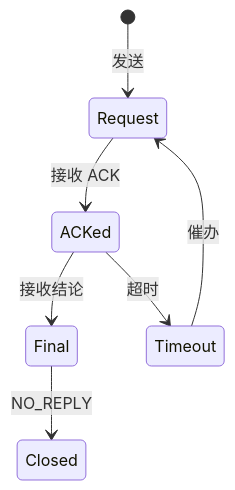
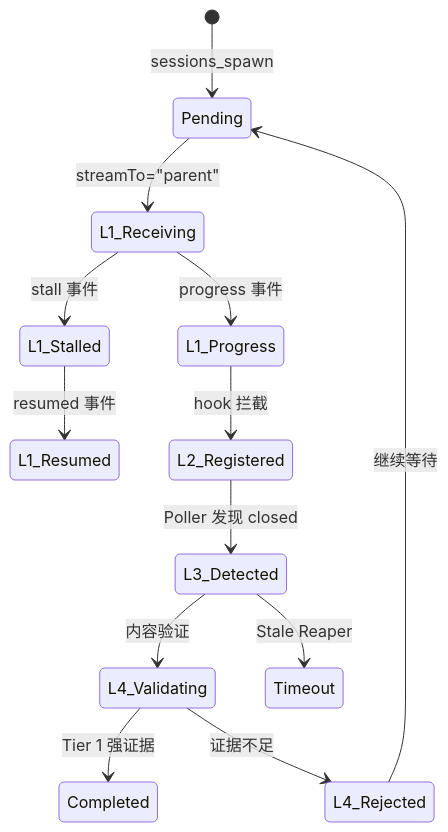
The fifth of 5 diagrams in ARCHITECTURE.md (lanyasheng/openclaw-multiagent-framework), drawn with Mermaid before and after one commit. The commit also changed other lines of this file and 7 other files, not shown here.

````diff
--- a/ARCHITECTURE.md
+++ b/ARCHITECTURE.md
@@ -246,9 +381,15 @@
 ```mermaid
 stateDiagram-v2
-    [*] --> Request: 发送
-    Request --> ACKed: 接收 ACK
-    ACKed --> Final: 接收结论
-    Final --> Closed: NO_REPLY
-    ACKed --> Timeout: 超时
-    Timeout --> Request: 催办
+    [*] --> Pending: sessions_spawn
+    Pending --> L1_Receiving: streamTo="parent"
+    L1_Receiving --> L1_Progress: progress 事件
+    L1_Receiving --> L1_Stalled: stall 事件
+    L1_Stalled --> L1_Resumed: resumed 事件
+    L1_Progress --> L2_Registered: hook 拦截
+    L2_Registered --> L3_Detected: Poller 发现 closed
+    L3_Detected --> L4_Validating: 内容验证
+    L4_Validating --> Completed: Tier 1 强证据
+    L4_Validating --> L4_Rejected: 证据不足
+    L4_Rejected --> Pending: 继续等待
+    L3_Detected --> Timeout: Stale Reaper
 ```
````
